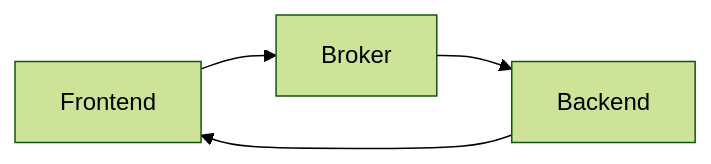
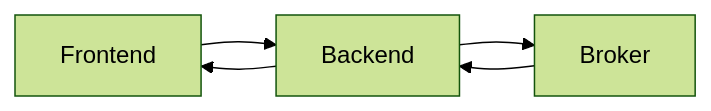
Before and after one commit to adesso-austria/workshop-architectures-love-js: the diagram in docs/System Architecture.md, drawn with Mermaid (forest theme). The commit also changed other lines of this file and 4 other files, not shown here.

Commit message:
feat(architecture): refine and use redis as broker

````diff
--- a/docs/System Architecture.md
+++ b/docs/System Architecture.md
@@ -1,6 +1,5 @@
 ```mermaid
 flowchart LR
-Frontend-->Broker
-Backend-->Frontend
-Broker-->Backend
+Frontend-->Backend-->Frontend
+Backend-->Broker-->Backend
 ```
````
